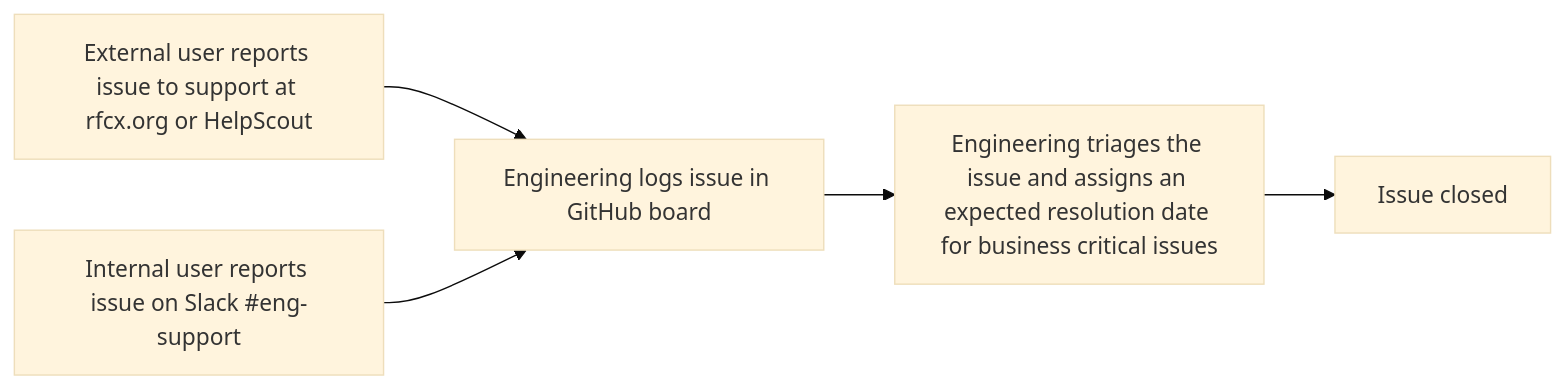
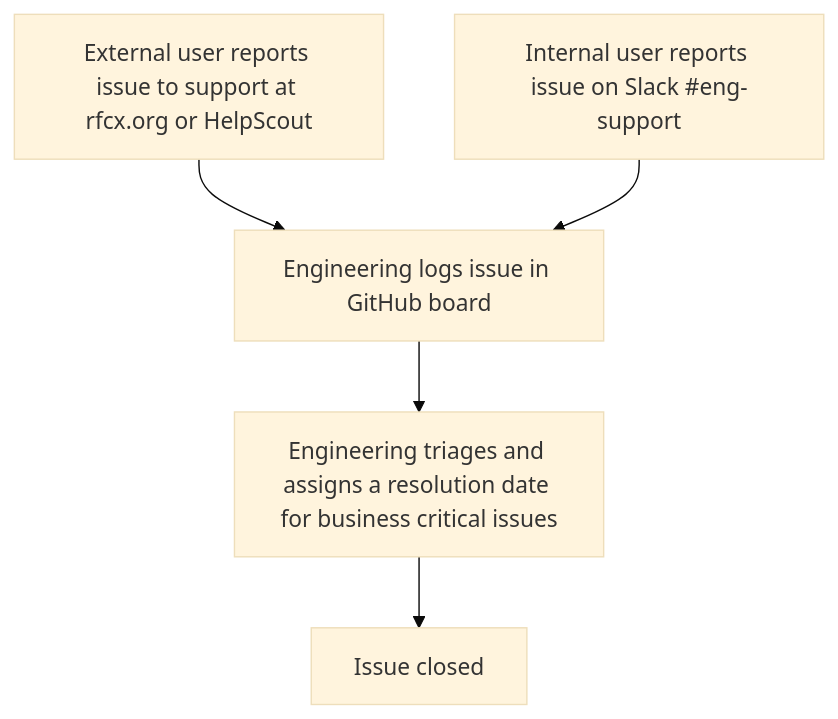
One commit to rfcx/engineering-support changed the diagram in README.md. Above: the diagram before and after it, drawn with Mermaid (base theme).

````diff
--- a/README.md
+++ b/README.md
@@ -24,7 +24,7 @@
 ```mermaid
-flowchart LR;
+flowchart TB;
   input1[External user reports issue to support at rfcx.org or HelpScout]-->p1[Engineering logs issue in GitHub board];
   input2[Internal user reports issue on Slack #eng-support]-->p1;
-  p1-->p2[Engineering triages the issue and assigns an expected resolution date for business critical issues];
+  p1-->p2[Engineering triages and assigns a resolution date for business critical issues];
   p2-->p3[Issue closed];
 ```
````
